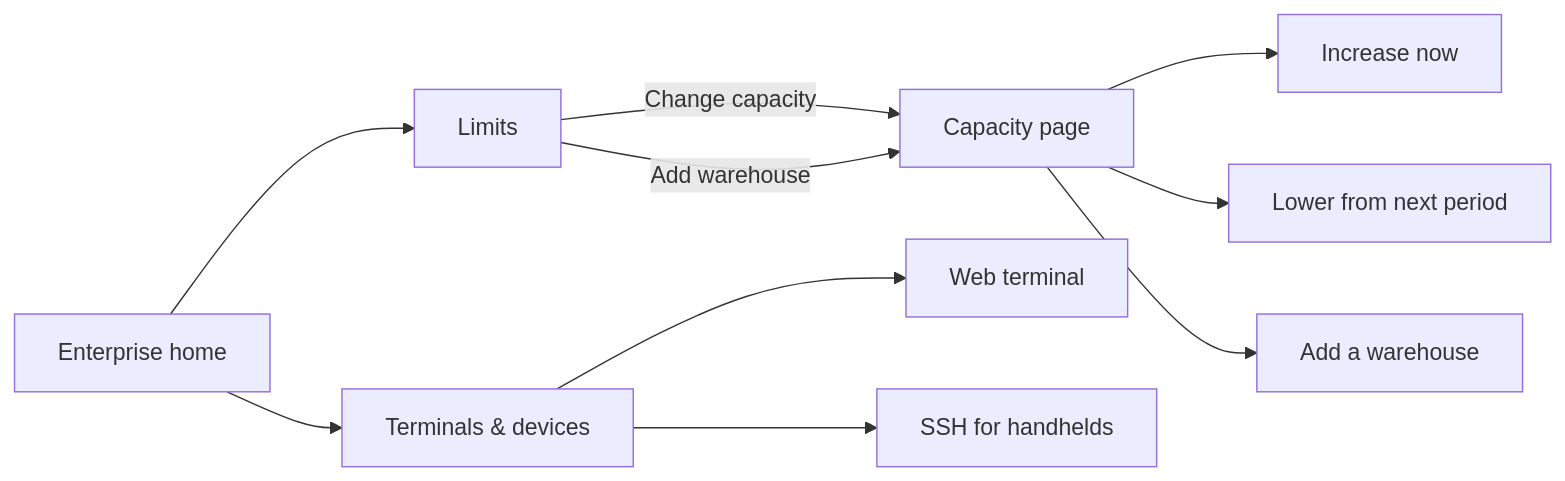
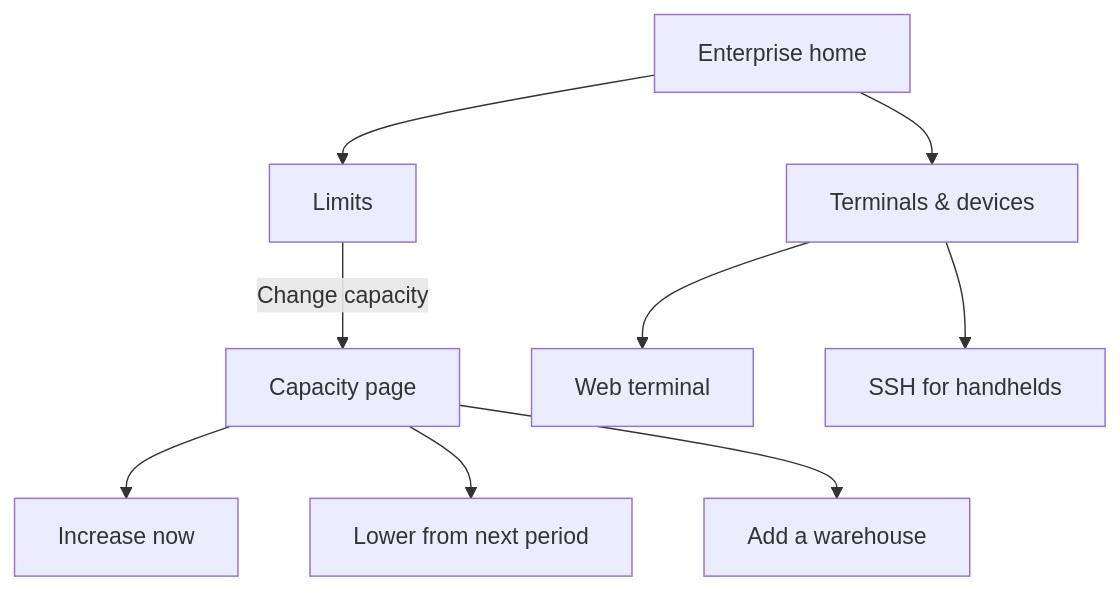
Before and after one commit to msmurygin/quark-docs: the diagram in docs-obsidian/user-guide/admin/03a-enterprise-console-capacity-and-terminals.md, drawn with Mermaid. The commit also changed other lines of this file and 6 other files, not shown here.

````diff
--- a/docs-obsidian/user-guide/admin/03a-enterprise-console-capacity-and-terminals.md
+++ b/docs-obsidian/user-guide/admin/03a-enterprise-console-capacity-and-terminals.md
@@ -16,12 +16,11 @@
 ```mermaid
-flowchart LR
+flowchart TB
     A[Enterprise home] --> B[Limits]
     B -->|Change capacity| C[Capacity page]
-    B -->|Add warehouse| C
     C --> D[Increase now]
     C --> E[Lower from next period]
     C --> F[Add a warehouse]
     A --> G[Terminals & devices]
     G --> H[Web terminal]
     G --> I[SSH for handhelds]
 ```
````
